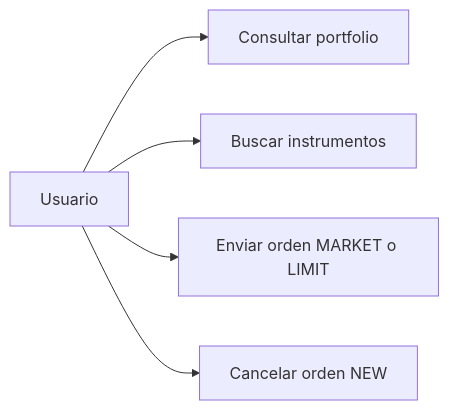
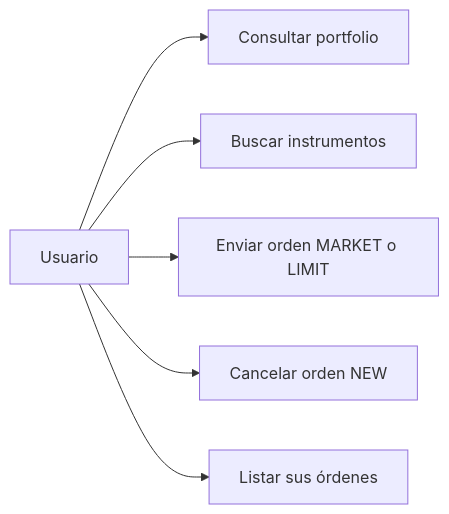
One commit to agustindamianMontenegro/cocos-challenge changed the first of 9 diagrams in docs/ADR-COCOS-BACKEND.md. Above: the diagram before and after it, drawn with Mermaid. The commit also changed other lines of this file and 30 other files, not shown here.

First line of the commit message:
feat(trading): listar las órdenes de un usuario con filtro y paginación

````diff
--- a/docs/ADR-COCOS-BACKEND.md
+++ b/docs/ADR-COCOS-BACKEND.md
@@ -82,7 +82,8 @@
 ```mermaid
 flowchart LR
     U[Usuario] --> P[Consultar portfolio]
     U --> I[Buscar instrumentos]
     U --> O[Enviar orden MARKET o LIMIT]
     U --> C[Cancelar orden NEW]
+    U --> L[Listar sus órdenes]
 ```
````
